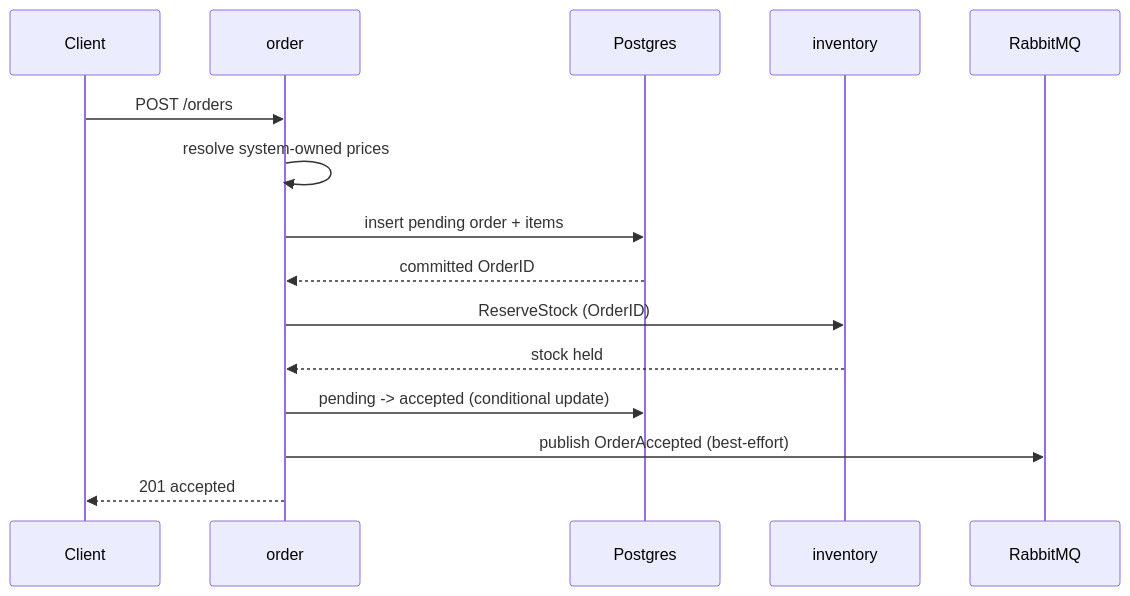
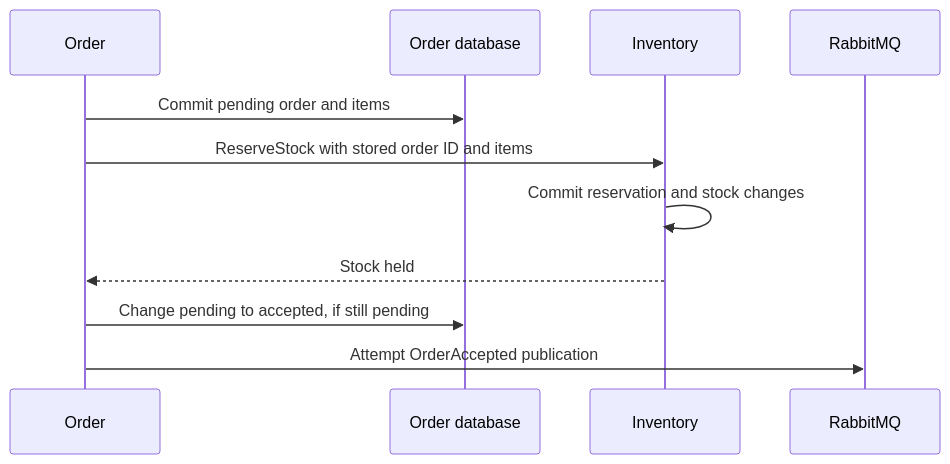
One commit to mojtaba-gheytasi/go-order-system-showcase changed the diagram in ARCHITECTURE.md. Above: the diagram before and after it, drawn with Mermaid. The commit also changed other lines of this file and 1 other file, not shown here.

Commit message:
Docs: Align the README and architecture with the code

````diff
--- a/ARCHITECTURE.md
+++ b/ARCHITECTURE.md
@@ -424,12 +81,13 @@
 ```mermaid
 sequenceDiagram
-    Client->>order: POST /orders
-    order->>order: resolve system-owned prices
-    order->>Postgres: insert pending order + items
-    Postgres-->>order: committed OrderID
-    order->>inventory: ReserveStock (OrderID)
-    inventory-->>order: stock held
-    order->>Postgres: pending -> accepted (conditional update)
-    order->>RabbitMQ: publish OrderAccepted (best-effort)
-    order-->>Client: 201 accepted
+    participant O as Order
+    participant DB as Order database
+    participant I as Inventory
+    participant MQ as RabbitMQ
+    O->>DB: Commit pending order and items
+    O->>I: ReserveStock with stored order ID and items
+    I->>I: Commit reservation and stock changes
+    I-->>O: Stock held
+    O->>DB: Change pending to accepted, if still pending
+    O->>MQ: Attempt OrderAccepted publication
 ```
````
